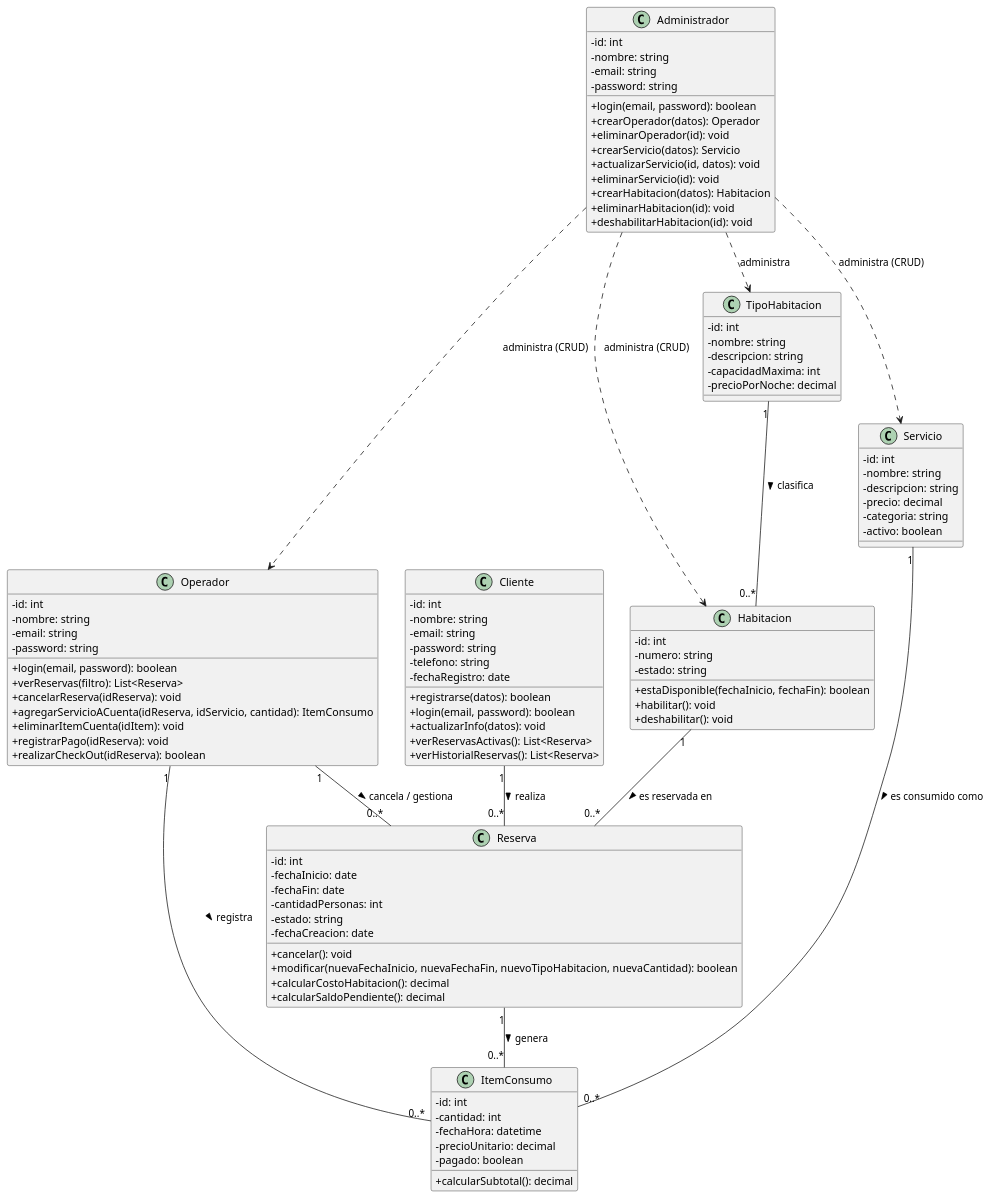
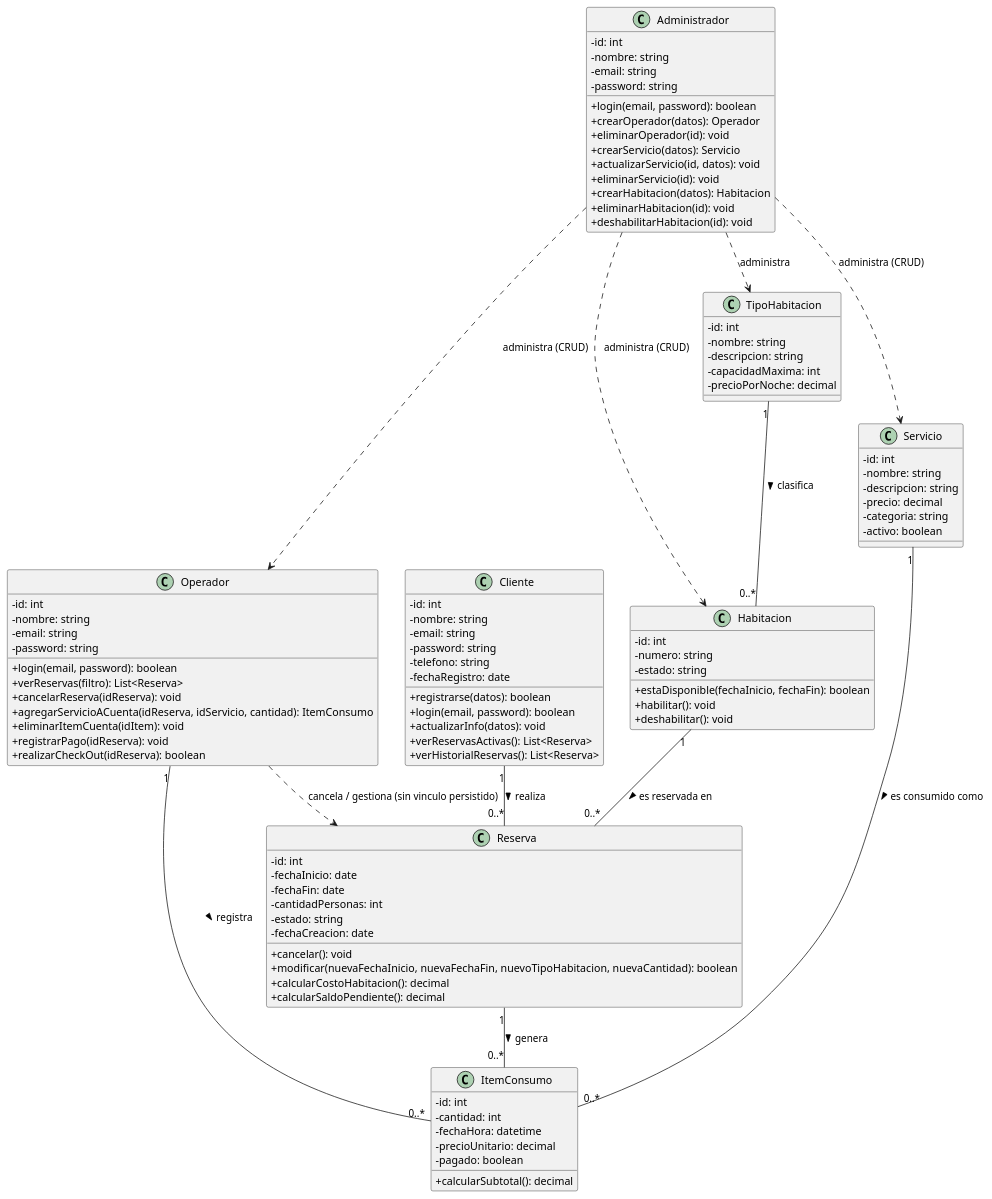
Before and after one commit to Jose-Villarroel/TheRoyale: the diagram in Docs/uml.md, drawn with PlantUML. The commit also changed 16 other files, not shown here.

```diff
--- a/Docs/uml.md
+++ b/Docs/uml.md
@@ -112,7 +112,7 @@
 Reserva "1" -- "0..*" ItemConsumo : genera >
 Servicio "1" -- "0..*" ItemConsumo : es consumido como >
 Operador "1" -- "0..*" ItemConsumo : registra >
-Operador "1" -- "0..*" Reserva : cancela / gestiona >
+Operador ..> Reserva : cancela / gestiona (sin vinculo persistido)
 
 Administrador ..> Operador : administra (CRUD)
 Administrador ..> Servicio : administra (CRUD)
```
